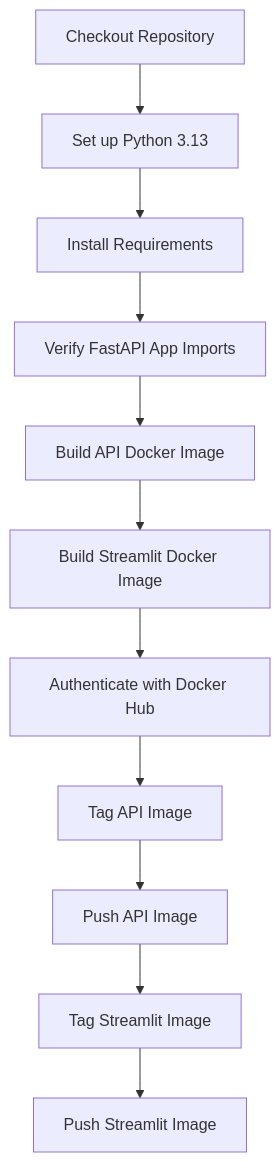
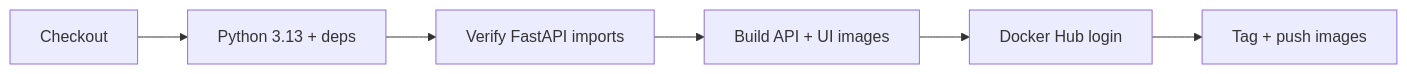
The fourth of 4 diagrams in README.md (KashishPundir/CreditCard-Fraud-Detection), drawn with Mermaid before and after one commit. The commit also changed other lines of this file, not shown here.

````diff
--- a/README.md
+++ b/README.md
@@ -580,13 +372,8 @@
 ```mermaid
-flowchart TD
-    A[Checkout Repository] --> B[Set up Python 3.13]
-    B --> C[Install Requirements]
-    C --> D[Verify FastAPI App Imports]
-    D --> E[Build API Docker Image]
-    E --> F[Build Streamlit Docker Image]
-    F --> G[Authenticate with Docker Hub]
-    G --> H[Tag API Image]
-    H --> I[Push API Image]
-    I --> J[Tag Streamlit Image]
-    J --> K[Push Streamlit Image]
+flowchart LR
+    A[Checkout] --> B[Python 3.13 + deps]
+    B --> C[Verify FastAPI imports]
+    C --> D[Build API + UI images]
+    D --> E[Docker Hub login]
+    E --> F[Tag + push images]
 ```
````
